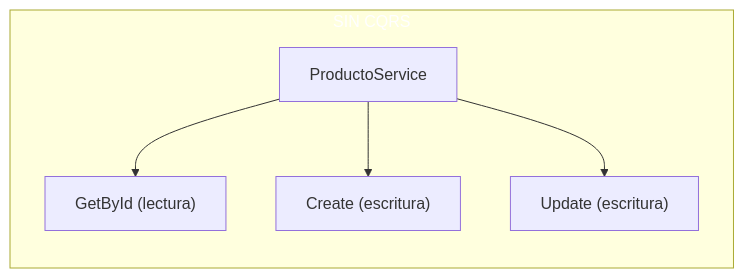
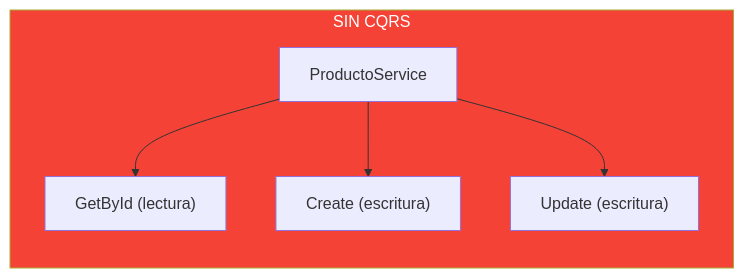
One commit to joseluisgs/DesarrolloWebEntornosServidor-02-2026-2027 changed the fourth of 8 diagrams in 11-clean-architecture.md. Above: the diagram before and after it, drawn with Mermaid. The commit also changed other lines of this file and 29 other files, not shown here.

Commit message:
docs: corregir estilos Mermaid y estilo, quitar referencias a la Tienda y reestructurar los retos 13 y 15

````diff
--- a/11-clean-architecture.md
+++ b/11-clean-architecture.md
@@ -349,10 +349,10 @@
 ```mermaid
 flowchart LR
     subgraph MIXTO["SIN CQRS"]
         S1["ProductoService"] --> L1["GetById (lectura)"]
         S1 --> E1["Create (escritura)"]
         S1 --> U1["Update (escritura)"]
     end
 
-    style MIXTO fill:#f4433,color:#fff6,color:#fff
+    style MIXTO fill:#f44336,color:#fff
 ```
````
